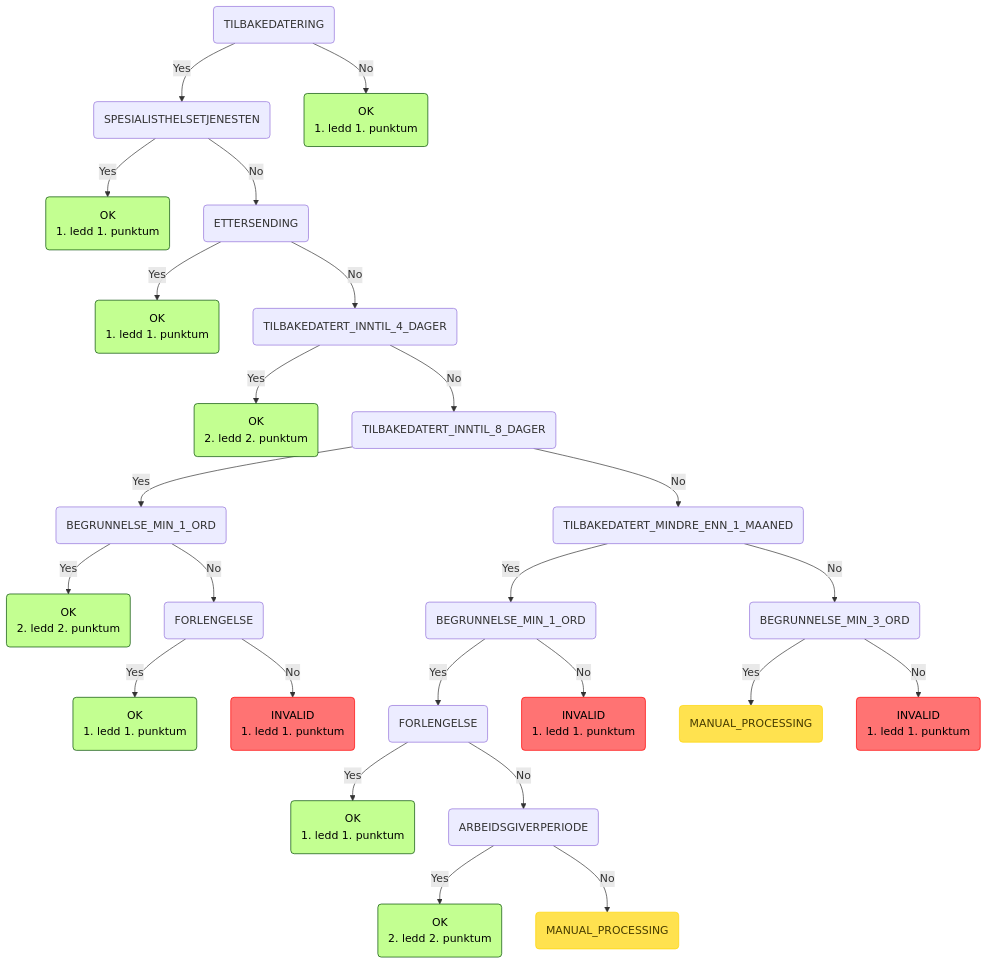
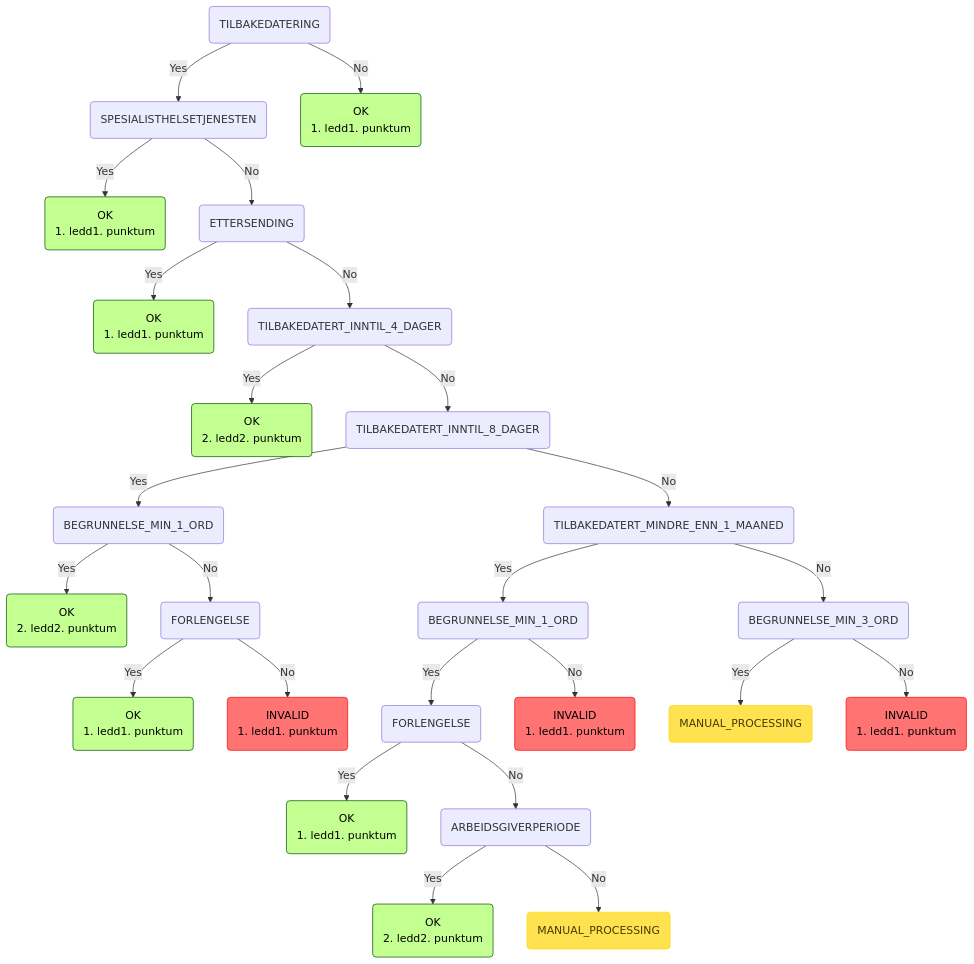
Before and after one commit to navikt/syfosmregler: the ninth of 9 diagrams in README.md, drawn with Mermaid. The commit also changed other lines of this file and 1 other file, not shown here.

````diff
--- a/README.md
+++ b/README.md
@@ -267,30 +267,30 @@
 ```mermaid
 graph TD
     root(TILBAKEDATERING) -->|Yes| root_TILBAKEDATERING_SPESIALISTHELSETJENESTEN(SPESIALISTHELSETJENESTEN)
-    root_TILBAKEDATERING_SPESIALISTHELSETJENESTEN(SPESIALISTHELSETJENESTEN) -->|Yes| root_TILBAKEDATERING_SPESIALISTHELSETJENESTEN_OK(OK\n1. ledd 1. punktum):::ok
+    root_TILBAKEDATERING_SPESIALISTHELSETJENESTEN(SPESIALISTHELSETJENESTEN) -->|Yes| root_TILBAKEDATERING_SPESIALISTHELSETJENESTEN_OK(OK\n1. ledd1. punktum):::ok
     root_TILBAKEDATERING_SPESIALISTHELSETJENESTEN(SPESIALISTHELSETJENESTEN) -->|No| root_TILBAKEDATERING_SPESIALISTHELSETJENESTEN_ETTERSENDING(ETTERSENDING)
-    root_TILBAKEDATERING_SPESIALISTHELSETJENESTEN_ETTERSENDING(ETTERSENDING) -->|Yes| root_TILBAKEDATERING_SPESIALISTHELSETJENESTEN_ETTERSENDING_OK(OK\n1. ledd 1. punktum):::ok
+    root_TILBAKEDATERING_SPESIALISTHELSETJENESTEN_ETTERSENDING(ETTERSENDING) -->|Yes| root_TILBAKEDATERING_SPESIALISTHELSETJENESTEN_ETTERSENDING_OK(OK\n1. ledd1. punktum):::ok
     root_TILBAKEDATERING_SPESIALISTHELSETJENESTEN_ETTERSENDING(ETTERSENDING) -->|No| root_TILBAKEDATERING_SPESIALISTHELSETJENESTEN_ETTERSENDING_TILBAKEDATERT_INNTIL_4_DAGER(TILBAKEDATERT_INNTIL_4_DAGER)
-    root_TILBAKEDATERING_SPESIALISTHELSETJENESTEN_ETTERSENDING_TILBAKEDATERT_INNTIL_4_DAGER(TILBAKEDATERT_INNTIL_4_DAGER) -->|Yes| root_TILBAKEDATERING_SPESIALISTHELSETJENESTEN_ETTERSENDING_TILBAKEDATERT_INNTIL_4_DAGER_OK(OK\n2. ledd 2. punktum):::ok
+    root_TILBAKEDATERING_SPESIALISTHELSETJENESTEN_ETTERSENDING_TILBAKEDATERT_INNTIL_4_DAGER(TILBAKEDATERT_INNTIL_4_DAGER) -->|Yes| root_TILBAKEDATERING_SPESIALISTHELSETJENESTEN_ETTERSENDING_TILBAKEDATERT_INNTIL_4_DAGER_OK(OK\n2. ledd2. punktum):::ok
     root_TILBAKEDATERING_SPESIALISTHELSETJENESTEN_ETTERSENDING_TILBAKEDATERT_INNTIL_4_DAGER(TILBAKEDATERT_INNTIL_4_DAGER) -->|No| root_TILBAKEDATERING_SPESIALISTHELSETJENESTEN_ETTERSENDING_TILBAKEDATERT_INNTIL_4_DAGER_TILBAKEDATERT_INNTIL_8_DAGER(TILBAKEDATERT_INNTIL_8_DAGER)
     root_TILBAKEDATERING_SPESIALISTHELSETJENESTEN_ETTERSENDING_TILBAKEDATERT_INNTIL_4_DAGER_TILBAKEDATERT_INNTIL_8_DAGER(TILBAKEDATERT_INNTIL_8_DAGER) -->|Yes| root_TILBAKEDATERING_SPESIALISTHELSETJENESTEN_ETTERSENDING_TILBAKEDATERT_INNTIL_4_DAGER_TILBAKEDATERT_INNTIL_8_DAGER_BEGRUNNELSE_MIN_1_ORD(BEGRUNNELSE_MIN_1_ORD)
-    root_TILBAKEDATERING_SPESIALISTHELSETJENESTEN_ETTERSENDING_TILBAKEDATERT_INNTIL_4_DAGER_TILBAKEDATERT_INNTIL_8_DAGER_BEGRUNNELSE_MIN_1_ORD(BEGRUNNELSE_MIN_1_ORD) -->|Yes| root_TILBAKEDATERING_SPESIALISTHELSETJENESTEN_ETTERSENDING_TILBAKEDATERT_INNTIL_4_DAGER_TILBAKEDATERT_INNTIL_8_DAGER_BEGRUNNELSE_MIN_1_ORD_OK(OK\n2. ledd 2. punktum):::ok
+    root_TILBAKEDATERING_SPESIALISTHELSETJENESTEN_ETTERSENDING_TILBAKEDATERT_INNTIL_4_DAGER_TILBAKEDATERT_INNTIL_8_DAGER_BEGRUNNELSE_MIN_1_ORD(BEGRUNNELSE_MIN_1_ORD) -->|Yes| root_TILBAKEDATERING_SPESIALISTHELSETJENESTEN_ETTERSENDING_TILBAKEDATERT_INNTIL_4_DAGER_TILBAKEDATERT_INNTIL_8_DAGER_BEGRUNNELSE_MIN_1_ORD_OK(OK\n2. ledd2. punktum):::ok
     root_TILBAKEDATERING_SPESIALISTHELSETJENESTEN_ETTERSENDING_TILBAKEDATERT_INNTIL_4_DAGER_TILBAKEDATERT_INNTIL_8_DAGER_BEGRUNNELSE_MIN_1_ORD(BEGRUNNELSE_MIN_1_ORD) -->|No| root_TILBAKEDATERING_SPESIALISTHELSETJENESTEN_ETTERSENDING_TILBAKEDATERT_INNTIL_4_DAGER_TILBAKEDATERT_INNTIL_8_DAGER_BEGRUNNELSE_MIN_1_ORD_FORLENGELSE(FORLENGELSE)
-    root_TILBAKEDATERING_SPESIALISTHELSETJENESTEN_ETTERSENDING_TILBAKEDATERT_INNTIL_4_DAGER_TILBAKEDATERT_INNTIL_8_DAGER_BEGRUNNELSE_MIN_1_ORD_FORLENGELSE(FORLENGELSE) -->|Yes| root_TILBAKEDATERING_SPESIALISTHELSETJENESTEN_ETTERSENDING_TILBAKEDATERT_INNTIL_4_DAGER_TILBAKEDATERT_INNTIL_8_DAGER_BEGRUNNELSE_MIN_1_ORD_FORLENGELSE_OK(OK\n1. ledd 1. punktum):::ok
-    root_TILBAKEDATERING_SPESIALISTHELSETJENESTEN_ETTERSENDING_TILBAKEDATERT_INNTIL_4_DAGER_TILBAKEDATERT_INNTIL_8_DAGER_BEGRUNNELSE_MIN_1_ORD_FORLENGELSE(FORLENGELSE) -->|No| root_TILBAKEDATERING_SPESIALISTHELSETJENESTEN_ETTERSENDING_TILBAKEDATERT_INNTIL_4_DAGER_TILBAKEDATERT_INNTIL_8_DAGER_BEGRUNNELSE_MIN_1_ORD_FORLENGELSE_INVALID(INVALID\n1. ledd 1. punktum):::invalid
+    root_TILBAKEDATERING_SPESIALISTHELSETJENESTEN_ETTERSENDING_TILBAKEDATERT_INNTIL_4_DAGER_TILBAKEDATERT_INNTIL_8_DAGER_BEGRUNNELSE_MIN_1_ORD_FORLENGELSE(FORLENGELSE) -->|Yes| root_TILBAKEDATERING_SPESIALISTHELSETJENESTEN_ETTERSENDING_TILBAKEDATERT_INNTIL_4_DAGER_TILBAKEDATERT_INNTIL_8_DAGER_BEGRUNNELSE_MIN_1_ORD_FORLENGELSE_OK(OK\n1. ledd1. punktum):::ok
+    root_TILBAKEDATERING_SPESIALISTHELSETJENESTEN_ETTERSENDING_TILBAKEDATERT_INNTIL_4_DAGER_TILBAKEDATERT_INNTIL_8_DAGER_BEGRUNNELSE_MIN_1_ORD_FORLENGELSE(FORLENGELSE) -->|No| root_TILBAKEDATERING_SPESIALISTHELSETJENESTEN_ETTERSENDING_TILBAKEDATERT_INNTIL_4_DAGER_TILBAKEDATERT_INNTIL_8_DAGER_BEGRUNNELSE_MIN_1_ORD_FORLENGELSE_INVALID(INVALID\n1. ledd1. punktum):::invalid
     root_TILBAKEDATERING_SPESIALISTHELSETJENESTEN_ETTERSENDING_TILBAKEDATERT_INNTIL_4_DAGER_TILBAKEDATERT_INNTIL_8_DAGER(TILBAKEDATERT_INNTIL_8_DAGER) -->|No| root_TILBAKEDATERING_SPESIALISTHELSETJENESTEN_ETTERSENDING_TILBAKEDATERT_INNTIL_4_DAGER_TILBAKEDATERT_INNTIL_8_DAGER_TILBAKEDATERT_MINDRE_ENN_1_MAANED(TILBAKEDATERT_MINDRE_ENN_1_MAANED)
     root_TILBAKEDATERING_SPESIALISTHELSETJENESTEN_ETTERSENDING_TILBAKEDATERT_INNTIL_4_DAGER_TILBAKEDATERT_INNTIL_8_DAGER_TILBAKEDATERT_MINDRE_ENN_1_MAANED(TILBAKEDATERT_MINDRE_ENN_1_MAANED) -->|Yes| root_TILBAKEDATERING_SPESIALISTHELSETJENESTEN_ETTERSENDING_TILBAKEDATERT_INNTIL_4_DAGER_TILBAKEDATERT_INNTIL_8_DAGER_TILBAKEDATERT_MINDRE_ENN_1_MAANED_BEGRUNNELSE_MIN_1_ORD(BEGRUNNELSE_MIN_1_ORD)
     root_TILBAKEDATERING_SPESIALISTHELSETJENESTEN_ETTERSENDING_TILBAKEDATERT_INNTIL_4_DAGER_TILBAKEDATERT_INNTIL_8_DAGER_TILBAKEDATERT_MINDRE_ENN_1_MAANED_BEGRUNNELSE_MIN_1_ORD(BEGRUNNELSE_MIN_1_ORD) -->|Yes| root_TILBAKEDATERING_SPESIALISTHELSETJENESTEN_ETTERSENDING_TILBAKEDATERT_INNTIL_4_DAGER_TILBAKEDATERT_INNTIL_8_DAGER_TILBAKEDATERT_MINDRE_ENN_1_MAANED_BEGRUNNELSE_MIN_1_ORD_FORLENGELSE(FORLENGELSE)
-    root_TILBAKEDATERING_SPESIALISTHELSETJENESTEN_ETTERSENDING_TILBAKEDATERT_INNTIL_4_DAGER_TILBAKEDATERT_INNTIL_8_DAGER_TILBAKEDATERT_MINDRE_ENN_1_MAANED_BEGRUNNELSE_MIN_1_ORD_FORLENGELSE(FORLENGELSE) -->|Yes| root_TILBAKEDATERING_SPESIALISTHELSETJENESTEN_ETTERSENDING_TILBAKEDATERT_INNTIL_4_DAGER_TILBAKEDATERT_INNTIL_8_DAGER_TILBAKEDATERT_MINDRE_ENN_1_MAANED_BEGRUNNELSE_MIN_1_ORD_FORLENGELSE_OK(OK\n1. ledd 1. punktum):::ok
+    root_TILBAKEDATERING_SPESIALISTHELSETJENESTEN_ETTERSENDING_TILBAKEDATERT_INNTIL_4_DAGER_TILBAKEDATERT_INNTIL_8_DAGER_TILBAKEDATERT_MINDRE_ENN_1_MAANED_BEGRUNNELSE_MIN_1_ORD_FORLENGELSE(FORLENGELSE) -->|Yes| root_TILBAKEDATERING_SPESIALISTHELSETJENESTEN_ETTERSENDING_TILBAKEDATERT_INNTIL_4_DAGER_TILBAKEDATERT_INNTIL_8_DAGER_TILBAKEDATERT_MINDRE_ENN_1_MAANED_BEGRUNNELSE_MIN_1_ORD_FORLENGELSE_OK(OK\n1. ledd1. punktum):::ok
     root_TILBAKEDATERING_SPESIALISTHELSETJENESTEN_ETTERSENDING_TILBAKEDATERT_INNTIL_4_DAGER_TILBAKEDATERT_INNTIL_8_DAGER_TILBAKEDATERT_MINDRE_ENN_1_MAANED_BEGRUNNELSE_MIN_1_ORD_FORLENGELSE(FORLENGELSE) -->|No| root_TILBAKEDATERING_SPESIALISTHELSETJENESTEN_ETTERSENDING_TILBAKEDATERT_INNTIL_4_DAGER_TILBAKEDATERT_INNTIL_8_DAGER_TILBAKEDATERT_MINDRE_ENN_1_MAANED_BEGRUNNELSE_MIN_1_ORD_FORLENGELSE_ARBEIDSGIVERPERIODE(ARBEIDSGIVERPERIODE)
-    root_TILBAKEDATERING_SPESIALISTHELSETJENESTEN_ETTERSENDING_TILBAKEDATERT_INNTIL_4_DAGER_TILBAKEDATERT_INNTIL_8_DAGER_TILBAKEDATERT_MINDRE_ENN_1_MAANED_BEGRUNNELSE_MIN_1_ORD_FORLENGELSE_ARBEIDSGIVERPERIODE(ARBEIDSGIVERPERIODE) -->|Yes| root_TILBAKEDATERING_SPESIALISTHELSETJENESTEN_ETTERSENDING_TILBAKEDATERT_INNTIL_4_DAGER_TILBAKEDATERT_INNTIL_8_DAGER_TILBAKEDATERT_MINDRE_ENN_1_MAANED_BEGRUNNELSE_MIN_1_ORD_FORLENGELSE_ARBEIDSGIVERPERIODE_OK(OK\n2. ledd 2. punktum):::ok
+    root_TILBAKEDATERING_SPESIALISTHELSETJENESTEN_ETTERSENDING_TILBAKEDATERT_INNTIL_4_DAGER_TILBAKEDATERT_INNTIL_8_DAGER_TILBAKEDATERT_MINDRE_ENN_1_MAANED_BEGRUNNELSE_MIN_1_ORD_FORLENGELSE_ARBEIDSGIVERPERIODE(ARBEIDSGIVERPERIODE) -->|Yes| root_TILBAKEDATERING_SPESIALISTHELSETJENESTEN_ETTERSENDING_TILBAKEDATERT_INNTIL_4_DAGER_TILBAKEDATERT_INNTIL_8_DAGER_TILBAKEDATERT_MINDRE_ENN_1_MAANED_BEGRUNNELSE_MIN_1_ORD_FORLENGELSE_ARBEIDSGIVERPERIODE_OK(OK\n2. ledd2. punktum):::ok
     root_TILBAKEDATERING_SPESIALISTHELSETJENESTEN_ETTERSENDING_TILBAKEDATERT_INNTIL_4_DAGER_TILBAKEDATERT_INNTIL_8_DAGER_TILBAKEDATERT_MINDRE_ENN_1_MAANED_BEGRUNNELSE_MIN_1_ORD_FORLENGELSE_ARBEIDSGIVERPERIODE(ARBEIDSGIVERPERIODE) -->|No| root_TILBAKEDATERING_SPESIALISTHELSETJENESTEN_ETTERSENDING_TILBAKEDATERT_INNTIL_4_DAGER_TILBAKEDATERT_INNTIL_8_DAGER_TILBAKEDATERT_MINDRE_ENN_1_MAANED_BEGRUNNELSE_MIN_1_ORD_FORLENGELSE_ARBEIDSGIVERPERIODE_MANUAL_PROCESSING(MANUAL_PROCESSING\n):::manuell
-    root_TILBAKEDATERING_SPESIALISTHELSETJENESTEN_ETTERSENDING_TILBAKEDATERT_INNTIL_4_DAGER_TILBAKEDATERT_INNTIL_8_DAGER_TILBAKEDATERT_MINDRE_ENN_1_MAANED_BEGRUNNELSE_MIN_1_ORD(BEGRUNNELSE_MIN_1_ORD) -->|No| root_TILBAKEDATERING_SPESIALISTHELSETJENESTEN_ETTERSENDING_TILBAKEDATERT_INNTIL_4_DAGER_TILBAKEDATERT_INNTIL_8_DAGER_TILBAKEDATERT_MINDRE_ENN_1_MAANED_BEGRUNNELSE_MIN_1_ORD_INVALID(INVALID\n1. ledd 1. punktum):::invalid
+    root_TILBAKEDATERING_SPESIALISTHELSETJENESTEN_ETTERSENDING_TILBAKEDATERT_INNTIL_4_DAGER_TILBAKEDATERT_INNTIL_8_DAGER_TILBAKEDATERT_MINDRE_ENN_1_MAANED_BEGRUNNELSE_MIN_1_ORD(BEGRUNNELSE_MIN_1_ORD) -->|No| root_TILBAKEDATERING_SPESIALISTHELSETJENESTEN_ETTERSENDING_TILBAKEDATERT_INNTIL_4_DAGER_TILBAKEDATERT_INNTIL_8_DAGER_TILBAKEDATERT_MINDRE_ENN_1_MAANED_BEGRUNNELSE_MIN_1_ORD_INVALID(INVALID\n1. ledd1. punktum):::invalid
     root_TILBAKEDATERING_SPESIALISTHELSETJENESTEN_ETTERSENDING_TILBAKEDATERT_INNTIL_4_DAGER_TILBAKEDATERT_INNTIL_8_DAGER_TILBAKEDATERT_MINDRE_ENN_1_MAANED(TILBAKEDATERT_MINDRE_ENN_1_MAANED) -->|No| root_TILBAKEDATERING_SPESIALISTHELSETJENESTEN_ETTERSENDING_TILBAKEDATERT_INNTIL_4_DAGER_TILBAKEDATERT_INNTIL_8_DAGER_TILBAKEDATERT_MINDRE_ENN_1_MAANED_BEGRUNNELSE_MIN_3_ORD(BEGRUNNELSE_MIN_3_ORD)
     root_TILBAKEDATERING_SPESIALISTHELSETJENESTEN_ETTERSENDING_TILBAKEDATERT_INNTIL_4_DAGER_TILBAKEDATERT_INNTIL_8_DAGER_TILBAKEDATERT_MINDRE_ENN_1_MAANED_BEGRUNNELSE_MIN_3_ORD(BEGRUNNELSE_MIN_3_ORD) -->|Yes| root_TILBAKEDATERING_SPESIALISTHELSETJENESTEN_ETTERSENDING_TILBAKEDATERT_INNTIL_4_DAGER_TILBAKEDATERT_INNTIL_8_DAGER_TILBAKEDATERT_MINDRE_ENN_1_MAANED_BEGRUNNELSE_MIN_3_ORD_MANUAL_PROCESSING(MANUAL_PROCESSING\n):::manuell
-    root_TILBAKEDATERING_SPESIALISTHELSETJENESTEN_ETTERSENDING_TILBAKEDATERT_INNTIL_4_DAGER_TILBAKEDATERT_INNTIL_8_DAGER_TILBAKEDATERT_MINDRE_ENN_1_MAANED_BEGRUNNELSE_MIN_3_ORD(BEGRUNNELSE_MIN_3_ORD) -->|No| root_TILBAKEDATERING_SPESIALISTHELSETJENESTEN_ETTERSENDING_TILBAKEDATERT_INNTIL_4_DAGER_TILBAKEDATERT_INNTIL_8_DAGER_TILBAKEDATERT_MINDRE_ENN_1_MAANED_BEGRUNNELSE_MIN_3_ORD_INVALID(INVALID\n1. ledd 1. punktum):::invalid
-    root(TILBAKEDATERING) -->|No| root_TILBAKEDATERING_OK(OK\n1. ledd 1. punktum):::ok
+    root_TILBAKEDATERING_SPESIALISTHELSETJENESTEN_ETTERSENDING_TILBAKEDATERT_INNTIL_4_DAGER_TILBAKEDATERT_INNTIL_8_DAGER_TILBAKEDATERT_MINDRE_ENN_1_MAANED_BEGRUNNELSE_MIN_3_ORD(BEGRUNNELSE_MIN_3_ORD) -->|No| root_TILBAKEDATERING_SPESIALISTHELSETJENESTEN_ETTERSENDING_TILBAKEDATERT_INNTIL_4_DAGER_TILBAKEDATERT_INNTIL_8_DAGER_TILBAKEDATERT_MINDRE_ENN_1_MAANED_BEGRUNNELSE_MIN_3_ORD_INVALID(INVALID\n1. ledd1. punktum):::invalid
+    root(TILBAKEDATERING) -->|No| root_TILBAKEDATERING_OK(OK\n1. ledd1. punktum):::ok
     classDef ok fill:#c3ff91,stroke:#004a00,color: black;
     classDef invalid fill:#ff7373,stroke:#ff0000,color: black;
     classDef manuell fill:#ffe24f,stroke:#ffd500,color: #473c00;
 ```
````
